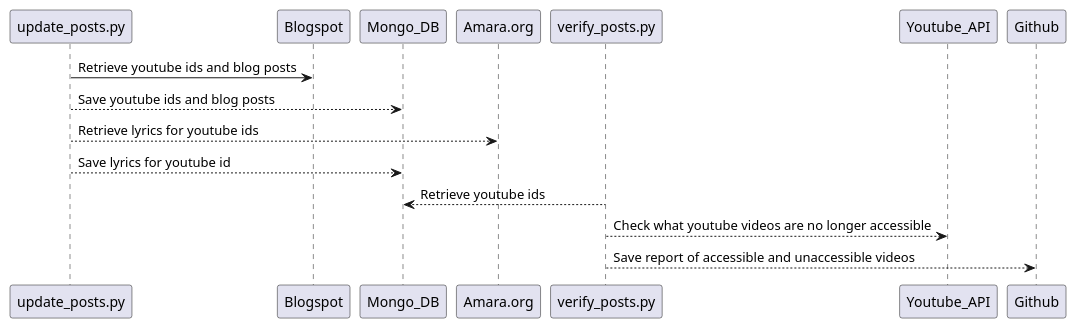
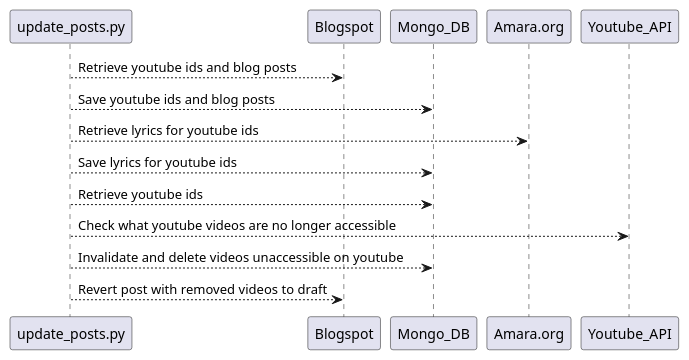
One commit to diegoami/JS_FE_musicblogs changed the second of 3 diagrams in doc/relations.puml. Above: the diagram before and after it, drawn with PlantUML. The commit also changed 1 other file, not shown here.

Commit message:
sequence diagrams of music blogs

```diff
--- a/doc/relations.puml
+++ b/doc/relations.puml
@@ -12,12 +12,13 @@
 @startuml
 
-update_posts.py -> Blogspot : Retrieve youtube ids and blog posts
+update_posts.py --> Blogspot : Retrieve youtube ids and blog posts
 update_posts.py --> Mongo_DB : Save youtube ids and blog posts
 
 update_posts.py --> Amara.org : Retrieve lyrics for youtube ids
-update_posts.py --> Mongo_DB : Save lyrics for youtube id
+update_posts.py --> Mongo_DB : Save lyrics for youtube ids
 
-verify_posts.py --> Mongo_DB : Retrieve youtube ids
-verify_posts.py --> Youtube_API : Check what youtube videos are no longer accessible
-verify_posts.py --> Github : Save report of accessible and unaccessible videos
+update_posts.py --> Mongo_DB : Retrieve youtube ids
+update_posts.py --> Youtube_API : Check what youtube videos are no longer accessible
+update_posts.py --> Mongo_DB : Invalidate and delete videos unaccessible on youtube
+update_posts.py --> Blogspot  : Revert post with removed videos to draft
 @enduml
```
